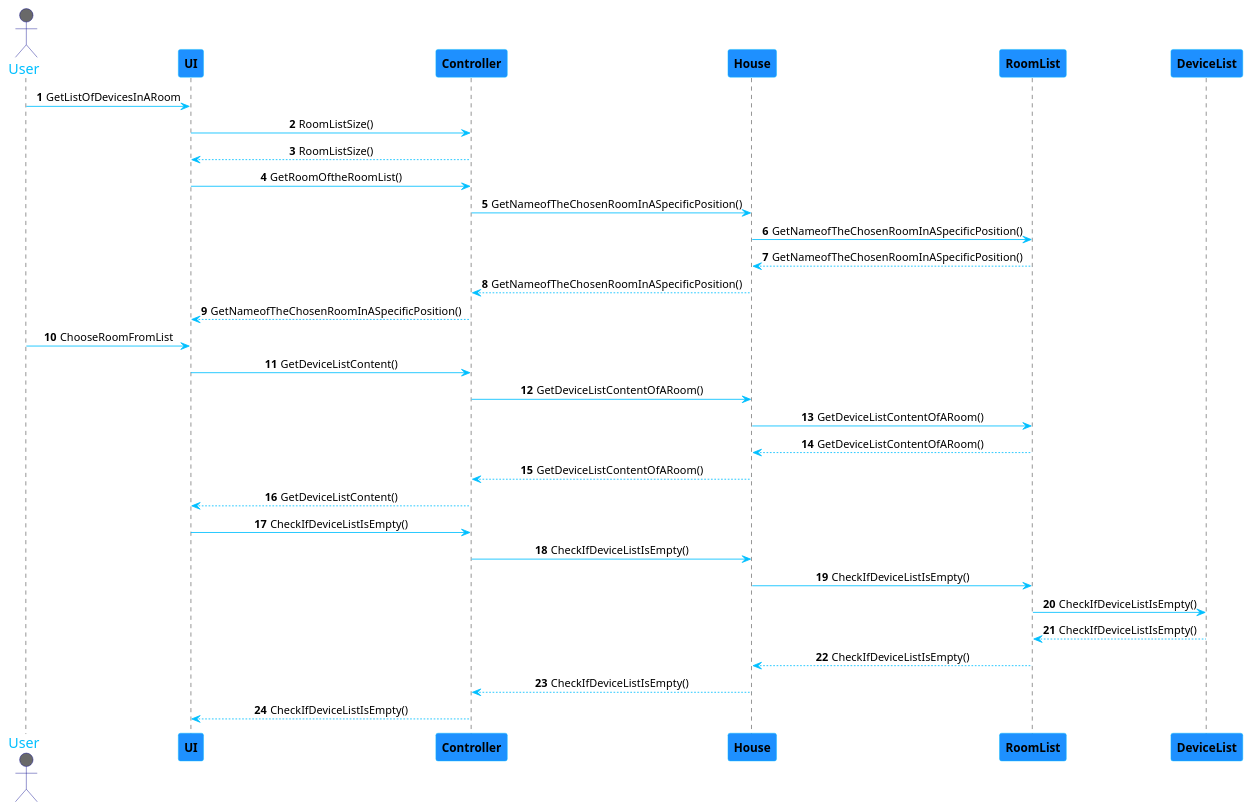
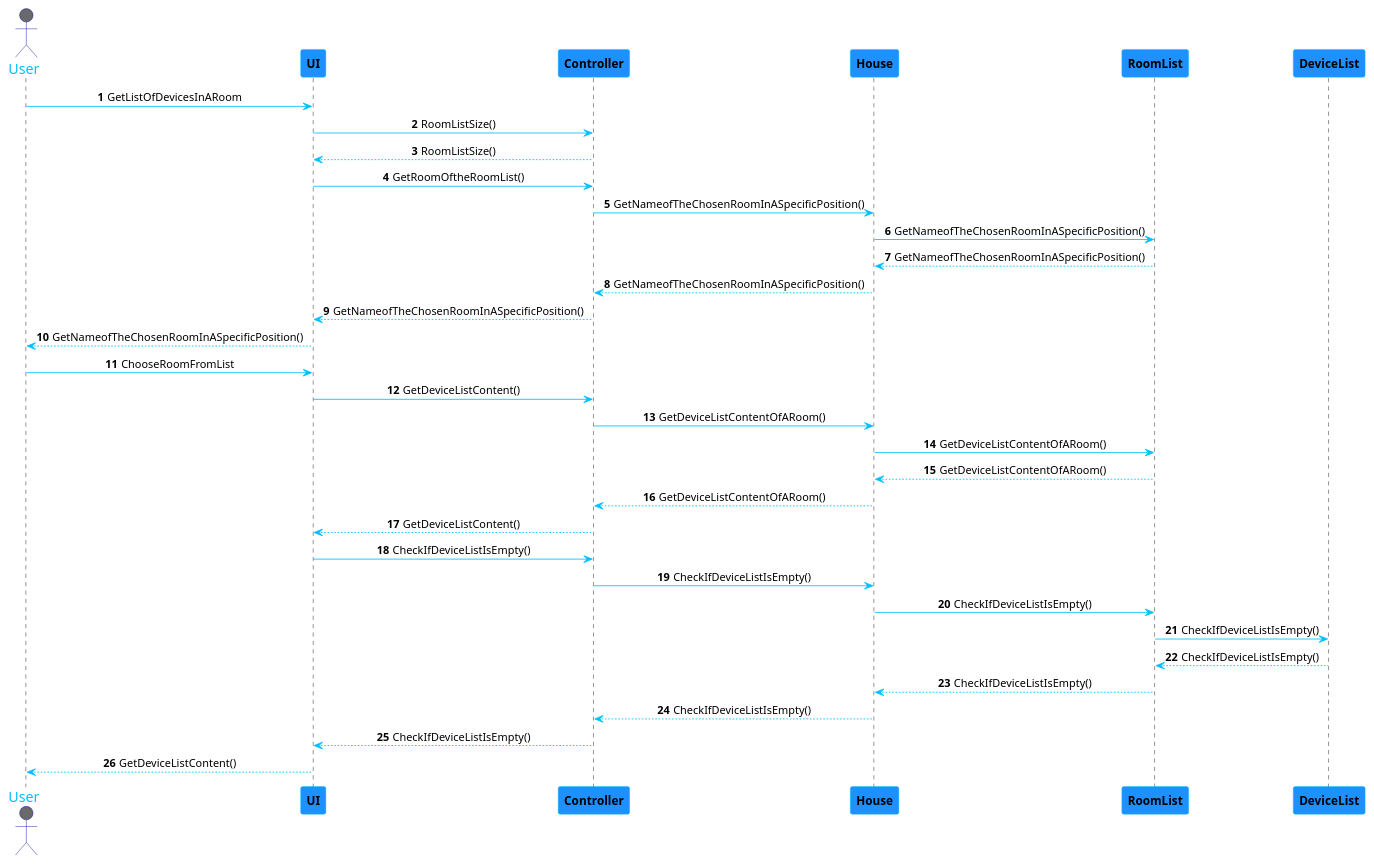
Before and after one commit to 1181687/hateoasToy: the diagram in src/main/java/pt/ipp/isep/dei/project/controllers/GetListOfDevicesRoom.puml, drawn with PlantUML. The commit also changed 2 other files, not shown here.

Commit message:
Addresses #67 #62 #70 (changes in sequence diagrams for issue 67 e 62. Sequence diagram added for issue 70)

```diff
--- a/src/main/java/pt/ipp/isep/dei/project/controllers/GetListOfDevicesRoom.puml
+++ b/src/main/java/pt/ipp/isep/dei/project/controllers/GetListOfDevicesRoom.puml
@@ -1,47 +1,51 @@
 @startuml
 skinparam sequenceMessageAlign center
 skinparam sequence {
 	ArrowColor DeepSkyBlue
 	ActorBorderColor DarkBlue
 	LifeLineBorderColor black
 	LifeLineBackgroundColor #A9DCDF
 
 	ParticipantBorderColor DeepSkyBlue
 	ParticipantBackgroundColor DodgerBlue
 	ParticipantFontStyle Bold
 
 	ActorBackgroundColor DimGrey
 	ActorFontColor DeepSkyBlue
 	ActorFontSize 17
 	ActorFontName Aapex
 }
 
 autonumber
 actor User
 User -> UI: GetListOfDevicesInARoom
 UI -> Controller: RoomListSize()
 UI <-- Controller: RoomListSize()
 UI -> Controller: GetRoomOftheRoomList()
 Controller -> House: GetNameofTheChosenRoomInASpecificPosition()
 House -> RoomList: GetNameofTheChosenRoomInASpecificPosition()
 House <-- RoomList: GetNameofTheChosenRoomInASpecificPosition()
 Controller <-- House: GetNameofTheChosenRoomInASpecificPosition()
 UI <-- Controller: GetNameofTheChosenRoomInASpecificPosition()
+User <-- UI: GetNameofTheChosenRoomInASpecificPosition()
 
 User -> UI: ChooseRoomFromList
 UI -> Controller: GetDeviceListContent()
 Controller -> House: GetDeviceListContentOfARoom()
 House -> RoomList: GetDeviceListContentOfARoom()
 House <-- RoomList: GetDeviceListContentOfARoom()
 Controller <-- House: GetDeviceListContentOfARoom()
 UI <-- Controller: GetDeviceListContent()
 
 UI -> Controller: CheckIfDeviceListIsEmpty()
 Controller -> House: CheckIfDeviceListIsEmpty()
 House -> RoomList: CheckIfDeviceListIsEmpty()
 RoomList -> DeviceList: CheckIfDeviceListIsEmpty()
 RoomList <-- DeviceList: CheckIfDeviceListIsEmpty()
 House <-- RoomList: CheckIfDeviceListIsEmpty()
 Controller <-- House: CheckIfDeviceListIsEmpty()
 UI <-- Controller: CheckIfDeviceListIsEmpty()
+User <-- UI: GetDeviceListContent()
+
+
 @enduml
```
